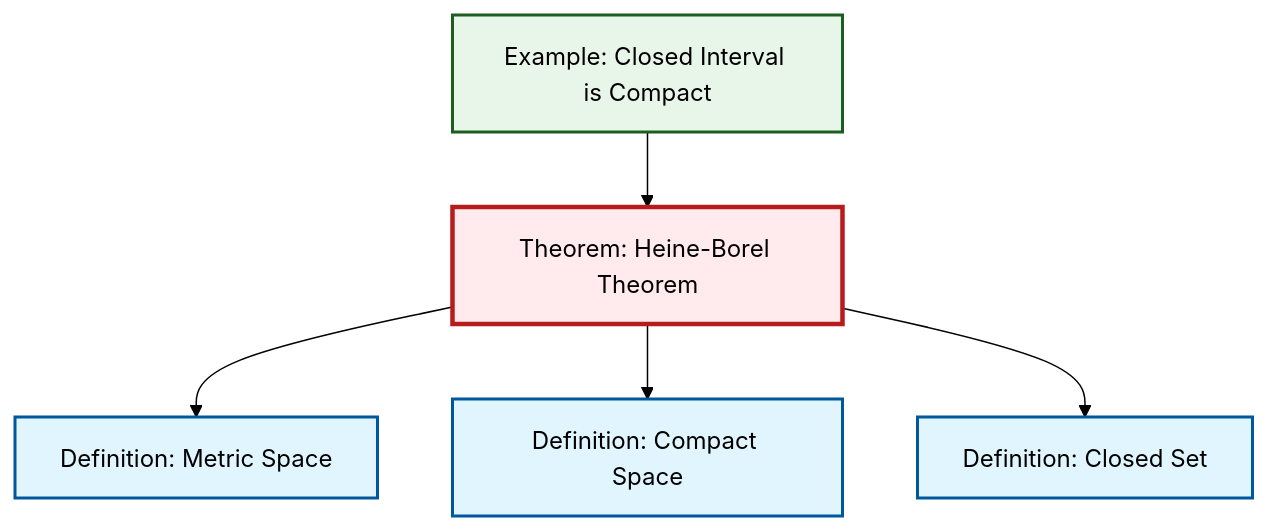
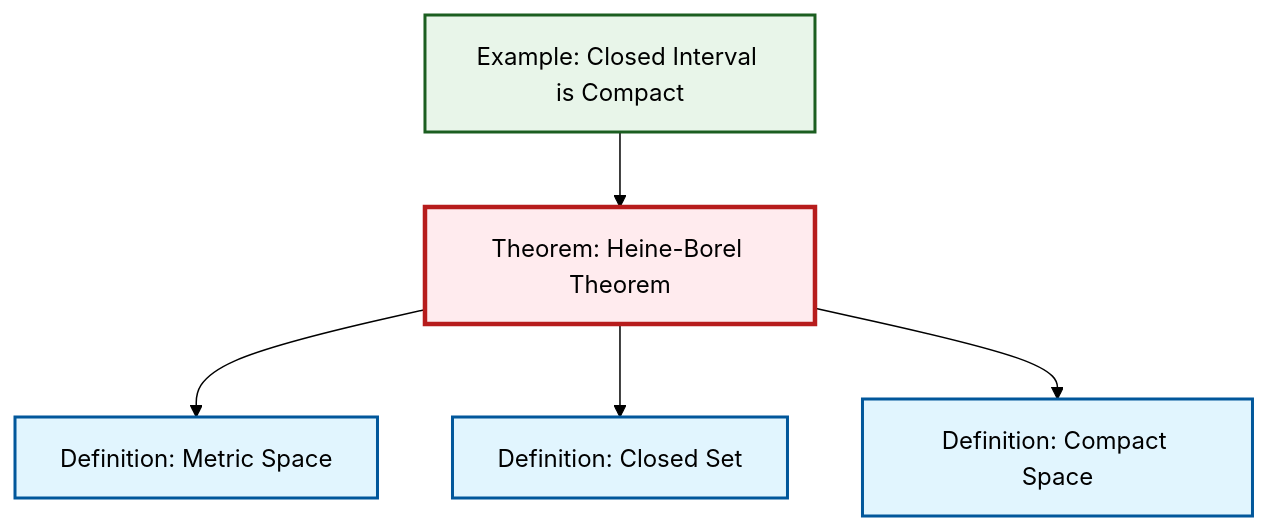
The diagram in content/en/topology/thm-heine-borel.qmd (RK0429/ModernMath), drawn with Mermaid (forest theme) before and after one commit. The commit also changed other lines of this file and 491 other files, not shown here.

````diff
--- a/content/en/topology/thm-heine-borel.qmd
+++ b/content/en/topology/thm-heine-borel.qmd
@@ -46,23 +46,23 @@
 ```{mermaid}
 %%| fig-cap: "Local dependency graph"
 graph TD
     classDef definition fill:#e1f5fe,stroke:#01579b,stroke-width:2px
     classDef theorem fill:#f3e5f5,stroke:#4a148c,stroke-width:2px
     classDef axiom fill:#fff3e0,stroke:#e65100,stroke-width:2px
     classDef example fill:#e8f5e9,stroke:#1b5e20,stroke-width:2px
     classDef current fill:#ffebee,stroke:#b71c1c,stroke-width:3px
     def-closed-set["Definition: Closed Set"]:::definition
+    def-compact["Definition: Compact Space"]:::definition
+    ex-closed-interval-compact["Example: Closed Interval is Compact"]:::example
+    thm-heine-borel["Theorem: Heine-Borel Theorem"]:::theorem
     def-metric-space["Definition: Metric Space"]:::definition
-    ex-closed-interval-compact["Example: Closed Interval is Compact"]:::example
-    def-compact["Definition: Compact Space"]:::definition
-    thm-heine-borel["Theorem: Heine-Borel Theorem"]:::theorem
+    ex-closed-interval-compact --> thm-heine-borel
     thm-heine-borel --> def-metric-space
-    ex-closed-interval-compact --> thm-heine-borel
+    thm-heine-borel --> def-closed-set
     thm-heine-borel --> def-compact
-    thm-heine-borel --> def-closed-set
     class thm-heine-borel current
     click def-closed-set "def-closed-set.html" "Go to Closed Set definition"
+    click def-compact "def-compact.html" "Go to Compact Space definition"
+    click ex-closed-interval-compact "ex-closed-interval-compact.html" "Go to Closed Interval is Compact example"
     click def-metric-space "def-metric-space.html" "Go to Metric Space definition"
-    click ex-closed-interval-compact "ex-closed-interval-compact.html" "Go to Closed Interval is Compact example"
-    click def-compact "def-compact.html" "Go to Compact Space definition"
 ```
````
